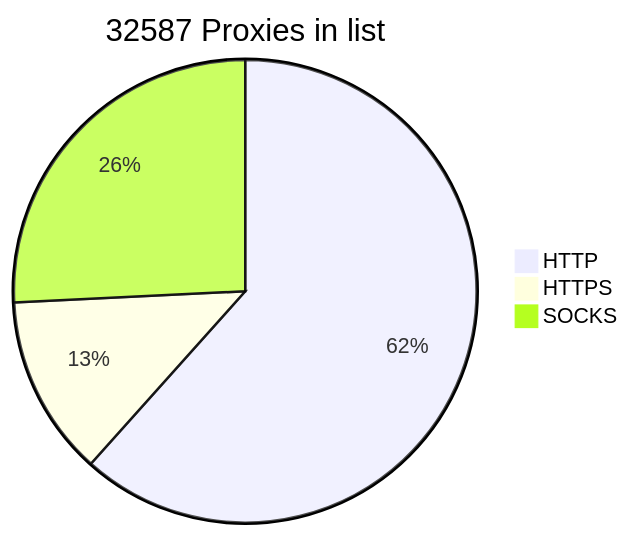
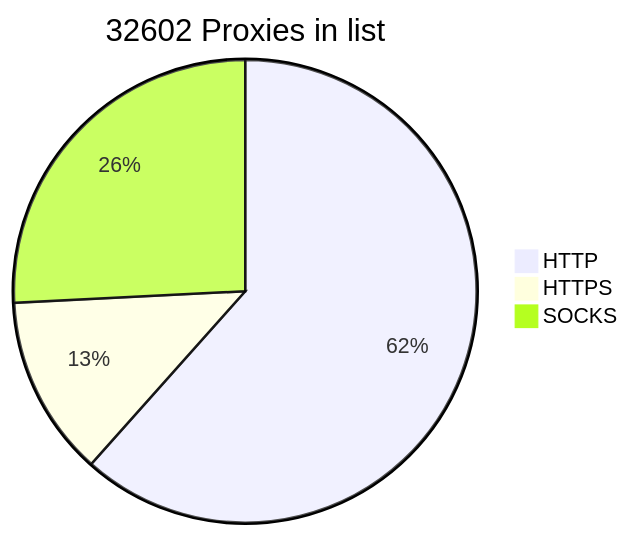
One commit to BlackSnowDot/proxylist-update-every-minute changed the diagram in README.md. Above: the diagram before and after it, drawn with Mermaid.

````diff
--- a/README.md
+++ b/README.md
@@ -2,6 +2,6 @@
 ```mermaid
-pie title 32587 Proxies in list
-    "HTTP" : 22173
-    "HTTPS": 4537
-    "SOCKS" : 9276
+pie title 32602 Proxies in list
+    "HTTP" : 22174
+    "HTTPS": 4543
+    "SOCKS" : 9288
 ```
````
